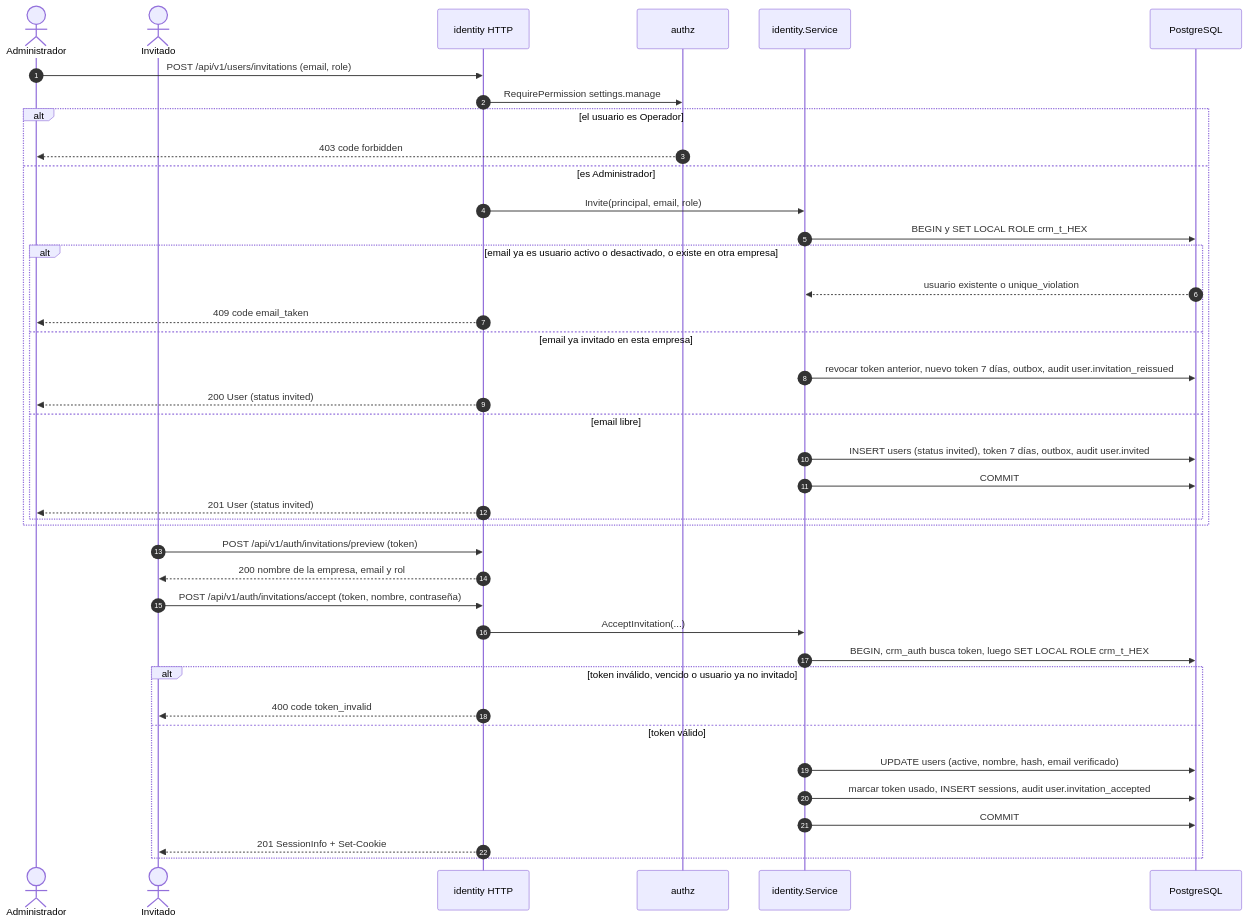
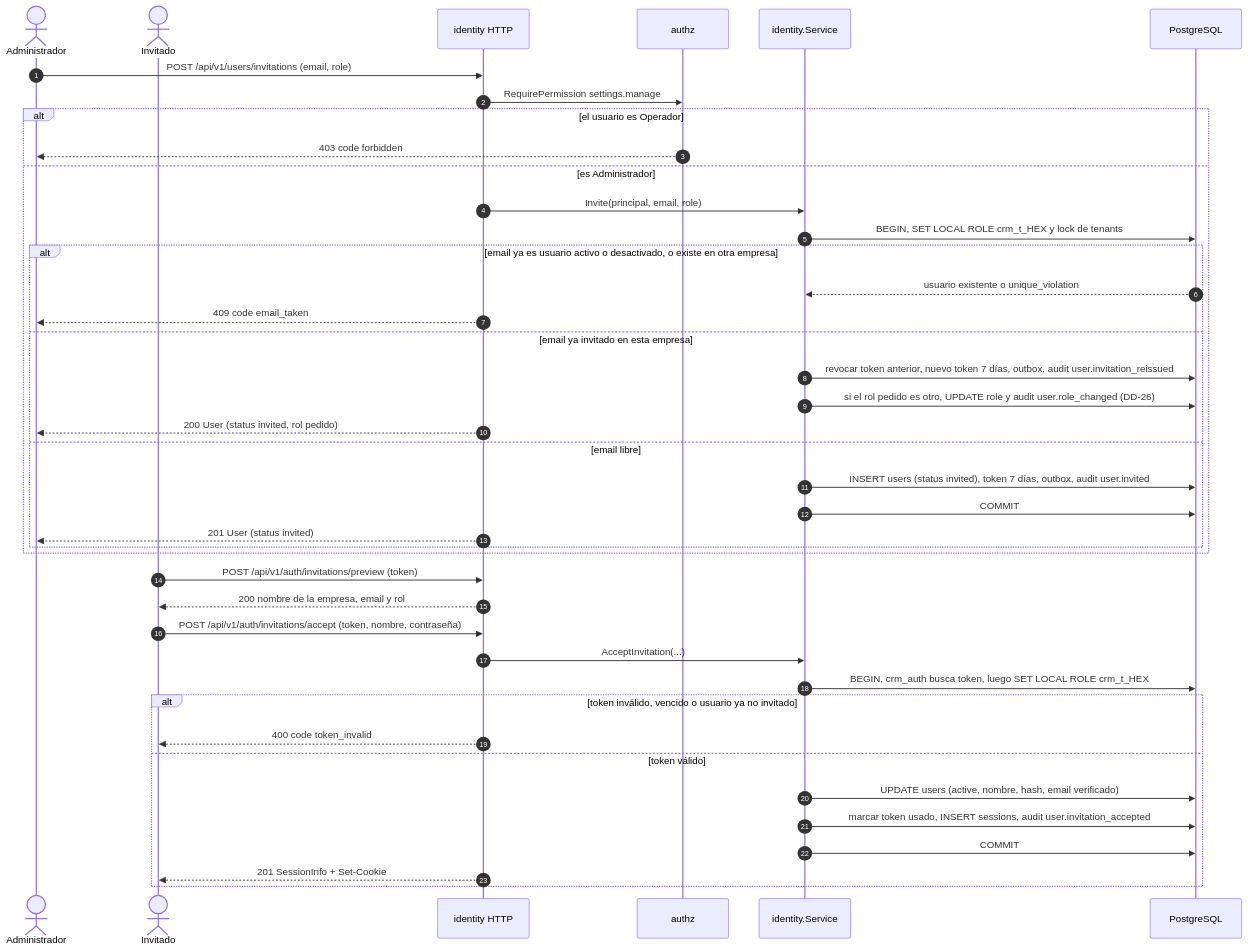
The fifth of 9 diagrams in specs/001-empresas-usuarios/plan.md (fdelillo/crm), drawn with Mermaid before and after one commit. The commit also changed other lines of this file and 8 other files, not shown here.

````diff
--- a/specs/001-empresas-usuarios/plan.md
+++ b/specs/001-empresas-usuarios/plan.md
@@ -361,44 +393,45 @@
 ```mermaid
 sequenceDiagram
     autonumber
     actor A as Administrador
     actor O as Invitado
     participant H as identity HTTP
     participant Z as authz
     participant S as identity.Service
     participant DB as PostgreSQL
 
     A->>H: POST /api/v1/users/invitations (email, role)
     H->>Z: RequirePermission settings.manage
     alt el usuario es Operador
         Z-->>A: 403 code forbidden
     else es Administrador
         H->>S: Invite(principal, email, role)
-        S->>DB: BEGIN y SET LOCAL ROLE crm_t_HEX
+        S->>DB: BEGIN, SET LOCAL ROLE crm_t_HEX y lock de tenants
         alt email ya es usuario activo o desactivado, o existe en otra empresa
             DB-->>S: usuario existente o unique_violation
             H-->>A: 409 code email_taken
         else email ya invitado en esta empresa
             S->>DB: revocar token anterior, nuevo token 7 días, outbox, audit user.invitation_reissued
-            H-->>A: 200 User (status invited)
+            S->>DB: si el rol pedido es otro, UPDATE role y audit user.role_changed (DD-26)
+            H-->>A: 200 User (status invited, rol pedido)
         else email libre
             S->>DB: INSERT users (status invited), token 7 días, outbox, audit user.invited
             S->>DB: COMMIT
             H-->>A: 201 User (status invited)
         end
     end
 
     O->>H: POST /api/v1/auth/invitations/preview (token)
     H-->>O: 200 nombre de la empresa, email y rol
     O->>H: POST /api/v1/auth/invitations/accept (token, nombre, contraseña)
     H->>S: AcceptInvitation(...)
     S->>DB: BEGIN, crm_auth busca token, luego SET LOCAL ROLE crm_t_HEX
     alt token inválido, vencido o usuario ya no invitado
         H-->>O: 400 code token_invalid
     else token válido
         S->>DB: UPDATE users (active, nombre, hash, email verificado)
         S->>DB: marcar token usado, INSERT sessions, audit user.invitation_accepted
         S->>DB: COMMIT
         H-->>O: 201 SessionInfo + Set-Cookie
     end
 ```
````
